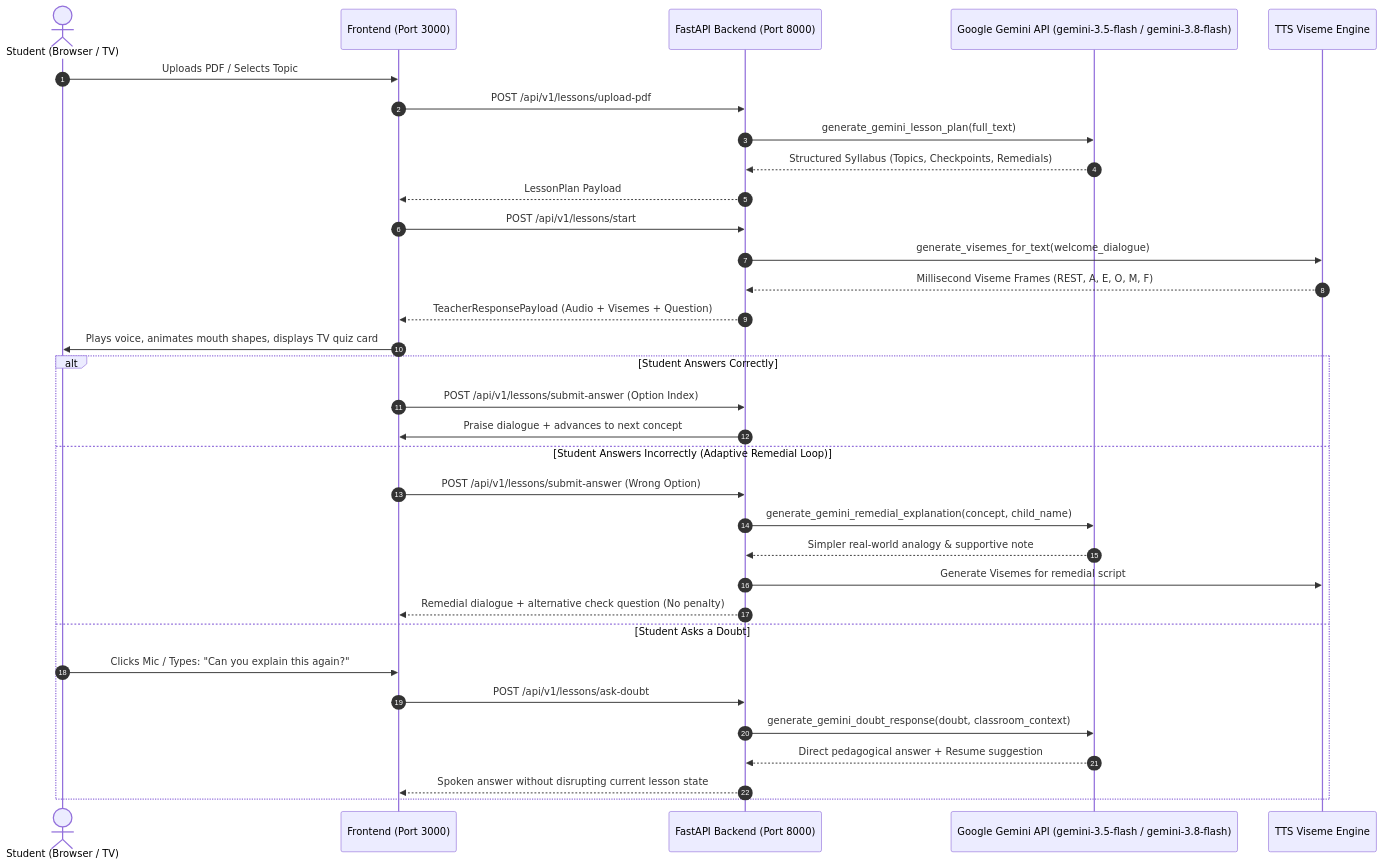
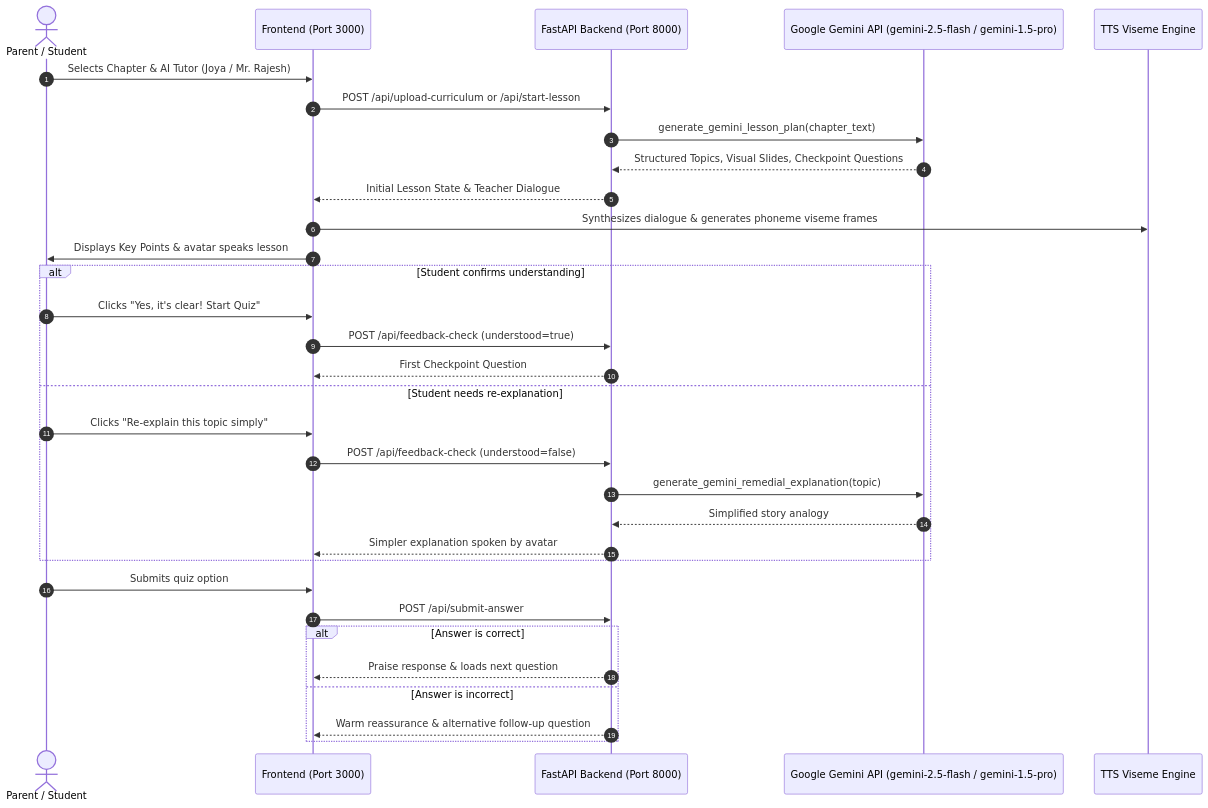
One commit to surendrabaid/AIAgent changed the first of 2 diagrams in README.md. Above: the diagram before and after it, drawn with Mermaid. The commit also changed other lines of this file, not shown here.

Commit message:
docs: update README with current 3-screen flow, Joya and Mr. Rajesh personas, and setup guide

````diff
--- a/README.md
+++ b/README.md
@@ -140,38 +102,38 @@
 ```mermaid
 sequenceDiagram
     autonumber
-    actor Student as Student (Browser / TV)
+    actor Parent as Parent / Student
     participant Front as Frontend (Port 3000)
     participant Back as FastAPI Backend (Port 8000)
-    participant Gemini as Google Gemini API (gemini-3.5-flash / gemini-3.8-flash)
-    participant Viseme as TTS Viseme Engine
+    participant Gemini as Google Gemini API (gemini-2.5-flash / gemini-1.5-pro)
+    participant TTS as TTS Viseme Engine
 
-    Student->>Front: Uploads PDF / Selects Topic
-    Front->>Back: POST /api/v1/lessons/upload-pdf
-    Back->>Gemini: generate_gemini_lesson_plan(full_text)
-    Gemini-->>Back: Structured Syllabus (Topics, Checkpoints, Remedials)
-    Back-->>Front: LessonPlan Payload
-    
-    Front->>Back: POST /api/v1/lessons/start
-    Back->>Viseme: generate_visemes_for_text(welcome_dialogue)
-    Viseme-->>Back: Millisecond Viseme Frames (REST, A, E, O, M, F)
-    Back-->>Front: TeacherResponsePayload (Audio + Visemes + Question)
-    Front->>Student: Plays voice, animates mouth shapes, displays TV quiz card
+    Parent->>Front: Selects Chapter & AI Tutor (Joya / Mr. Rajesh)
+    Front->>Back: POST /api/upload-curriculum or /api/start-lesson
+    Back->>Gemini: generate_gemini_lesson_plan(chapter_text)
+    Gemini-->>Back: Structured Topics, Visual Slides, Checkpoint Questions
+    Back-->>Front: Initial Lesson State & Teacher Dialogue
 
-    alt Student Answers Correctly
-        Front->>Back: POST /api/v1/lessons/submit-answer (Option Index)
-        Back->>Front: Praise dialogue + advances to next concept
-    else Student Answers Incorrectly (Adaptive Remedial Loop)
-        Front->>Back: POST /api/v1/lessons/submit-answer (Wrong Option)
-        Back->>Gemini: generate_gemini_remedial_explanation(concept, child_name)
-        Gemini-->>Back: Simpler real-world analogy & supportive note
-        Back->>Viseme: Generate Visemes for remedial script
-        Back-->>Front: Remedial dialogue + alternative check question (No penalty)
-    else Student Asks a Doubt
-        Student->>Front: Clicks Mic / Types: "Can you explain this again?"
-        Front->>Back: POST /api/v1/lessons/ask-doubt
-        Back->>Gemini: generate_gemini_doubt_response(doubt, classroom_context)
-        Gemini-->>Back: Direct pedagogical answer + Resume suggestion
-        Back-->>Front: Spoken answer without disrupting current lesson state
+    Front->>TTS: Synthesizes dialogue & generates phoneme viseme frames
+    Front->>Parent: Displays Key Points & avatar speaks lesson
+
+    alt Student confirms understanding
+        Parent->>Front: Clicks "Yes, it's clear! Start Quiz"
+        Front->>Back: POST /api/feedback-check (understood=true)
+        Back-->>Front: First Checkpoint Question
+    else Student needs re-explanation
+        Parent->>Front: Clicks "Re-explain this topic simply"
+        Front->>Back: POST /api/feedback-check (understood=false)
+        Back->>Gemini: generate_gemini_remedial_explanation(topic)
+        Gemini-->>Back: Simplified story analogy
+        Back-->>Front: Simpler explanation spoken by avatar
+    end
+
+    Parent->>Front: Submits quiz option
+    Front->>Back: POST /api/submit-answer
+    alt Answer is correct
+        Back-->>Front: Praise response & loads next question
+    else Answer is incorrect
+        Back-->>Front: Warm reassurance & alternative follow-up question
     end
 ```
````
